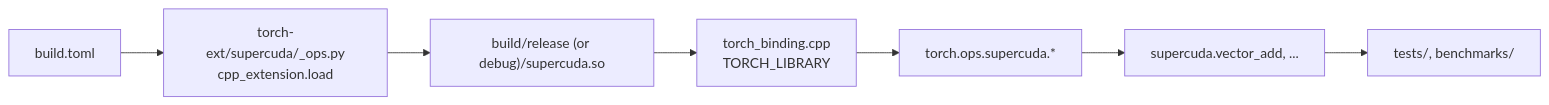
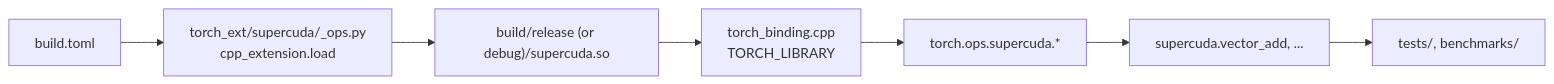
Before and after one commit to knotgrass/SuperCuda: the diagram in README.md, drawn with Mermaid. The commit also changed other lines of this file and 3 other files, not shown here.

First line of the commit message:
torch_ext: name the extension directory torch_ext/, not torch-ext/

````diff
--- a/README.md
+++ b/README.md
@@ -29,9 +30,9 @@
 ```mermaid
 flowchart LR
-    T[build.toml] --> O["torch-ext/supercuda/_ops.py<br/>cpp_extension.load"]
+    T[build.toml] --> O["torch_ext/supercuda/_ops.py<br/>cpp_extension.load"]
     O --> S["build/release (or debug)/supercuda.so"]
     S --> R["torch_binding.cpp<br/>TORCH_LIBRARY"]
     R --> N[torch.ops.supercuda.*]
     N --> W[supercuda.vector_add, ...]
     W --> X[tests/, benchmarks/]
 ```
````
